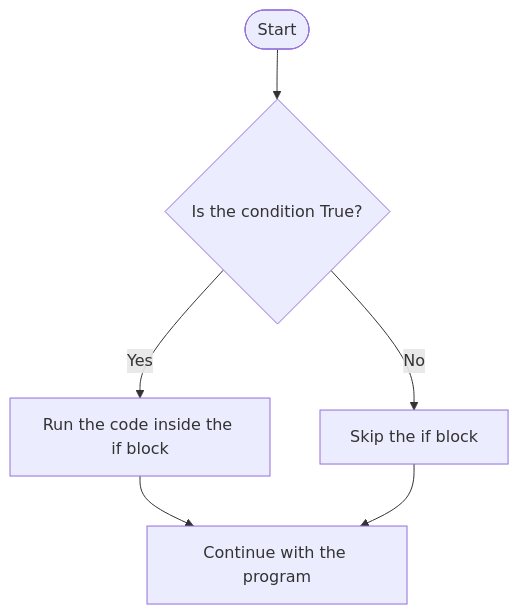
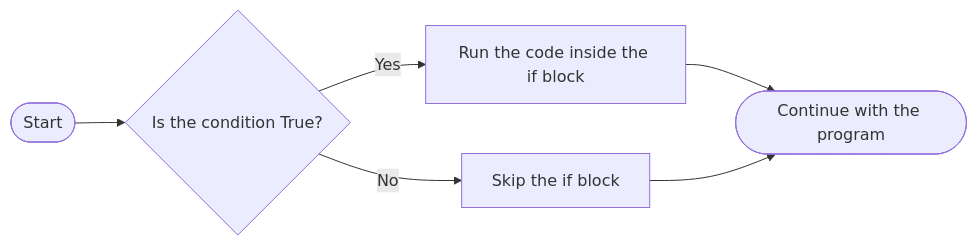
The first of 7 diagrams in docs/en/python/control_flow/1_level/1_level_control_flow.md (Rokiis1/Teaching-Materia), drawn with Mermaid before and after one commit. The commit also changed other lines of this file and 20 other files, not shown here.

````diff
--- a/docs/en/python/control_flow/1_level/1_level_control_flow.md
+++ b/docs/en/python/control_flow/1_level/1_level_control_flow.md
@@ -20,8 +20,10 @@
 ```mermaid
-flowchart TD
+flowchart LR
     A([Start]) --> B{Is the condition True?}
+
     B -->|Yes| C[Run the code inside the if block]
+    C --> E([Continue with the program])
+
     B -->|No| D[Skip the if block]
-    C --> E[Continue with the program]
     D --> E
 ```
````
